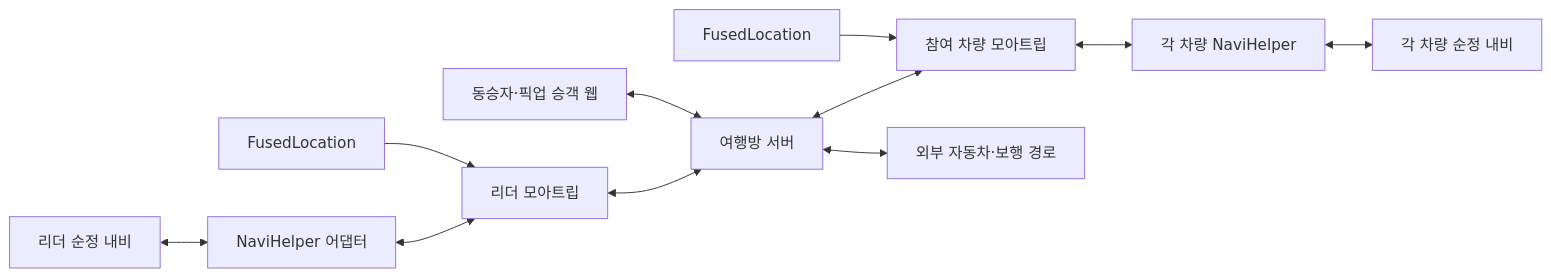
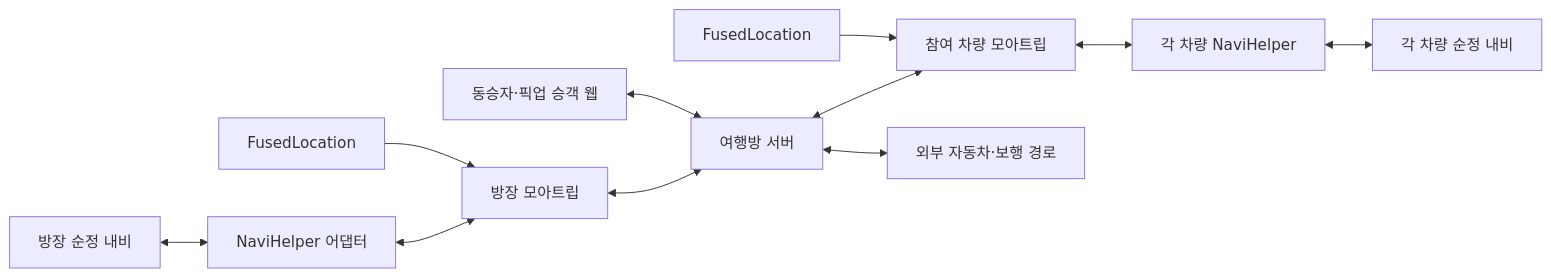
One commit to Daeho-AI/moa-trip changed the diagram in docs/ARCHITECTURE.md. Above: the diagram before and after it, drawn with Mermaid. The commit also changed other lines of this file and 23 other files, not shown here.

````diff
--- a/docs/ARCHITECTURE.md
+++ b/docs/ARCHITECTURE.md
@@ -11,13 +11,13 @@
 ```mermaid
 flowchart LR
-  A[리더 순정 내비] <--> B[NaviHelper 어댑터]
-  B <--> C[리더 모아트립]
+  A[방장 순정 내비] <--> B[NaviHelper 어댑터]
+  B <--> C[방장 모아트립]
   C <--> S[여행방 서버]
   S <--> D[참여 차량 모아트립]
   D <--> N[각 차량 NaviHelper]
   N <--> E[각 차량 순정 내비]
   F[FusedLocation] --> C
   G[FusedLocation] --> D
   W[동승자·픽업 승객 웹] <--> S
   S <--> R[외부 자동차·보행 경로]
 ```
````
